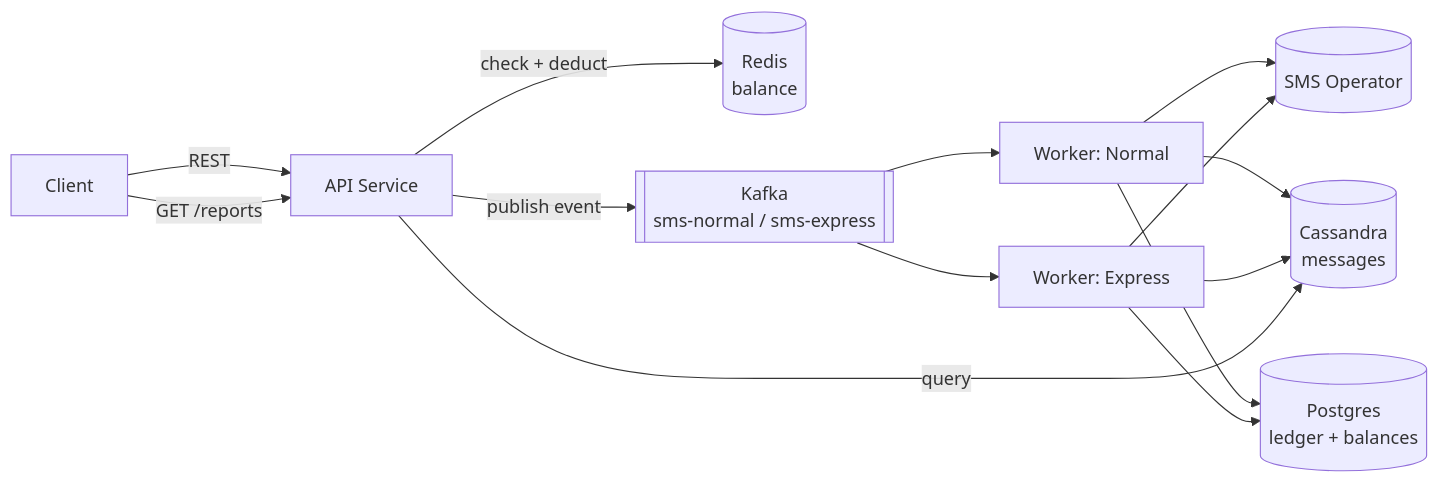
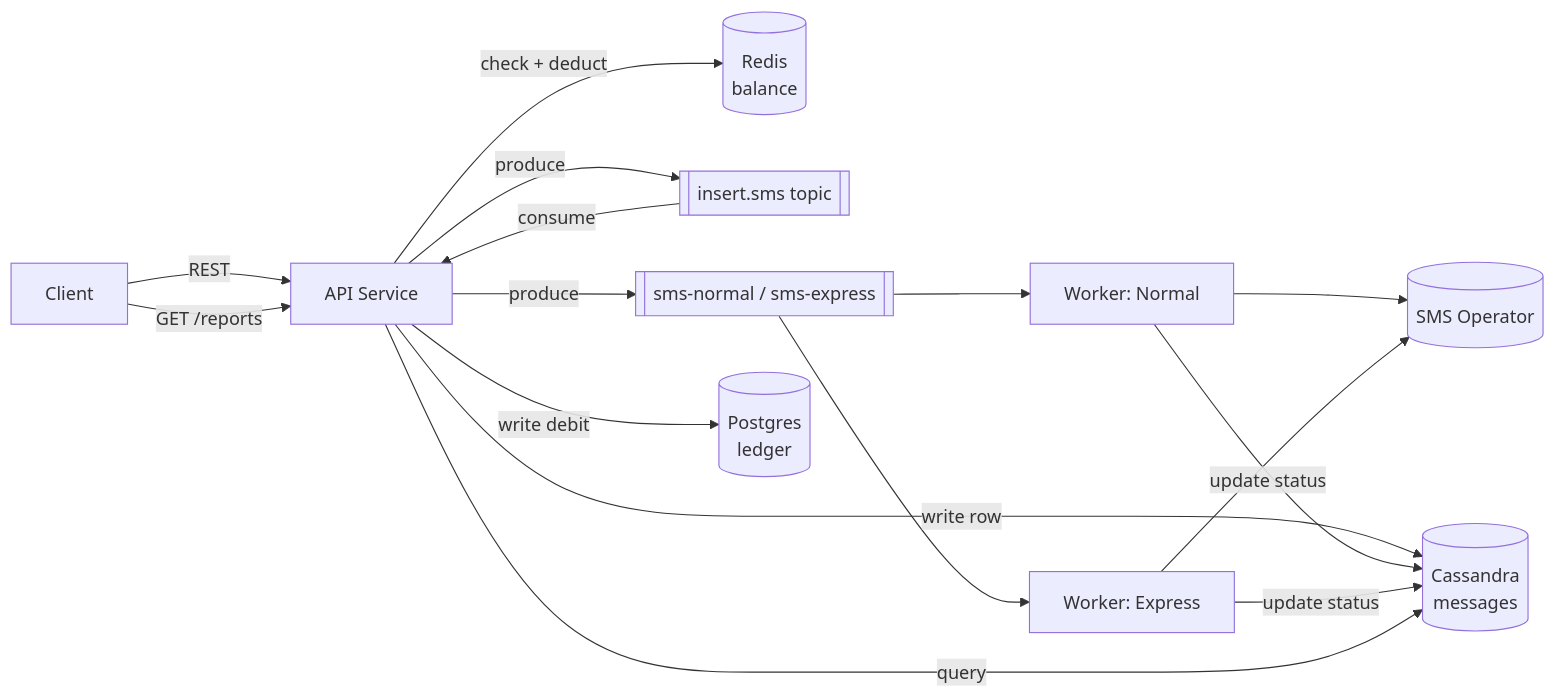
One commit to Calgorr/sms-gateway changed the diagram in Readme.md. Above: the diagram before and after it, drawn with Mermaid. The commit also changed other lines of this file and 1 other file, not shown here.

````diff
--- a/Readme.md
+++ b/Readme.md
@@ -20,16 +20,18 @@
 ```mermaid
 flowchart LR
     Client -->|REST| API[API Service]
     API -->|check + deduct| Redis[(Redis<br/>balance)]
-    API -->|publish event| Kafka[[Kafka<br/>sms-normal / sms-express]]
+    API -->|produce| Insert[[insert.sms topic]]
+    API -->|produce| Kafka[[sms-normal / sms-express]]
+    Insert -->|consume| API
+    API -->|write debit| Postgres[(Postgres<br/>ledger)]
+    API -->|write row| Cassandra[(Cassandra<br/>messages)]
     Kafka --> WN[Worker: Normal]
     Kafka --> WE[Worker: Express]
     WN --> Operator[(SMS Operator)]
     WE --> Operator
-    WN --> Cassandra[(Cassandra<br/>messages)]
-    WE --> Cassandra
-    WN --> Postgres[(Postgres<br/>ledger + balances)]
-    WE --> Postgres
+    WN -->|update status| Cassandra
+    WE -->|update status| Cassandra
     Client -->|GET /reports| API
     API -->|query| Cassandra
 ```
````
